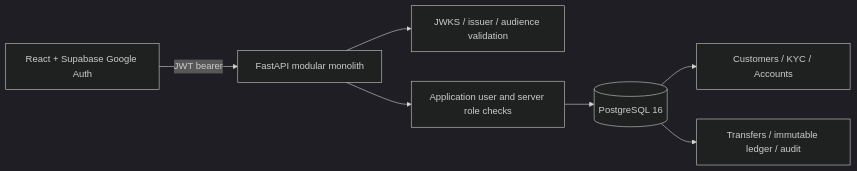
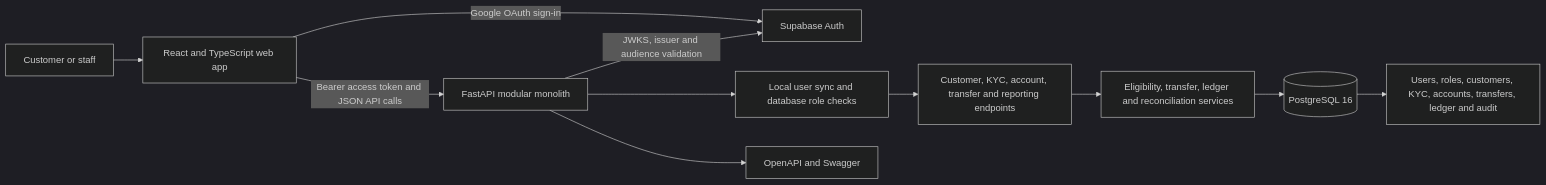
The first of 7 diagrams in README.md (dasrupdip04/BankCRM), drawn with Mermaid (dark theme) before and after one commit. The commit also changed other lines of this file and 9 other files, not shown here.

````diff
--- a/README.md
+++ b/README.md
@@ -24,9 +116,13 @@
 ```mermaid
 flowchart LR
-  Browser[React + Supabase Google Auth] -->|JWT bearer| API[FastAPI modular monolith]
-  API --> Auth[JWKS / issuer / audience validation]
-  API --> RBAC[Application user and server role checks]
-  RBAC --> DB[(PostgreSQL 16)]
-  DB --> Schema[Customers / KYC / Accounts]
-  DB --> Ledger[Transfers / immutable ledger / audit]
+  Person[Customer or staff] --> Browser[React and TypeScript web app]
+  Browser -->|Google OAuth sign-in| Supabase[Supabase Auth]
+  Browser -->|Bearer access token and JSON API calls| API[FastAPI modular monolith]
+  API -->|JWKS, issuer and audience validation| Supabase
+  API --> Auth[Local user sync and database role checks]
+  Auth --> Routes[Customer, KYC, account, transfer and reporting endpoints]
+  Routes --> Services[Eligibility, transfer, ledger and reconciliation services]
+  Services --> DB[(PostgreSQL 16)]
+  DB --> Tables[Users, roles, customers, KYC, accounts, transfers, ledger and audit]
+  API --> Docs[OpenAPI and Swagger]
 ```
````
